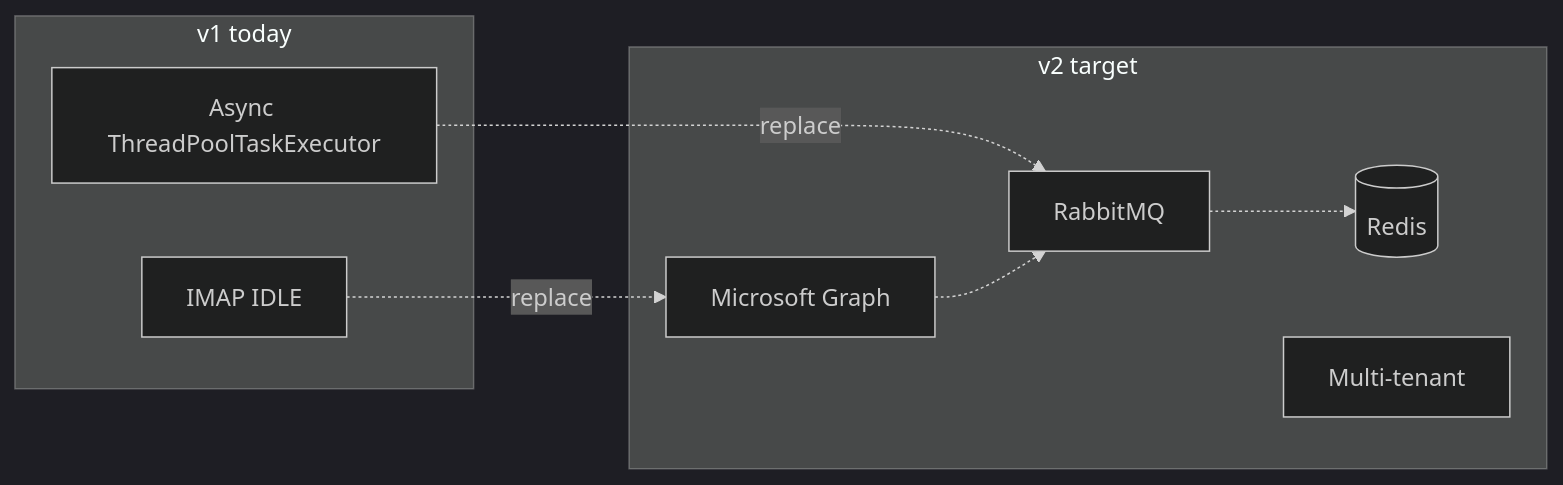
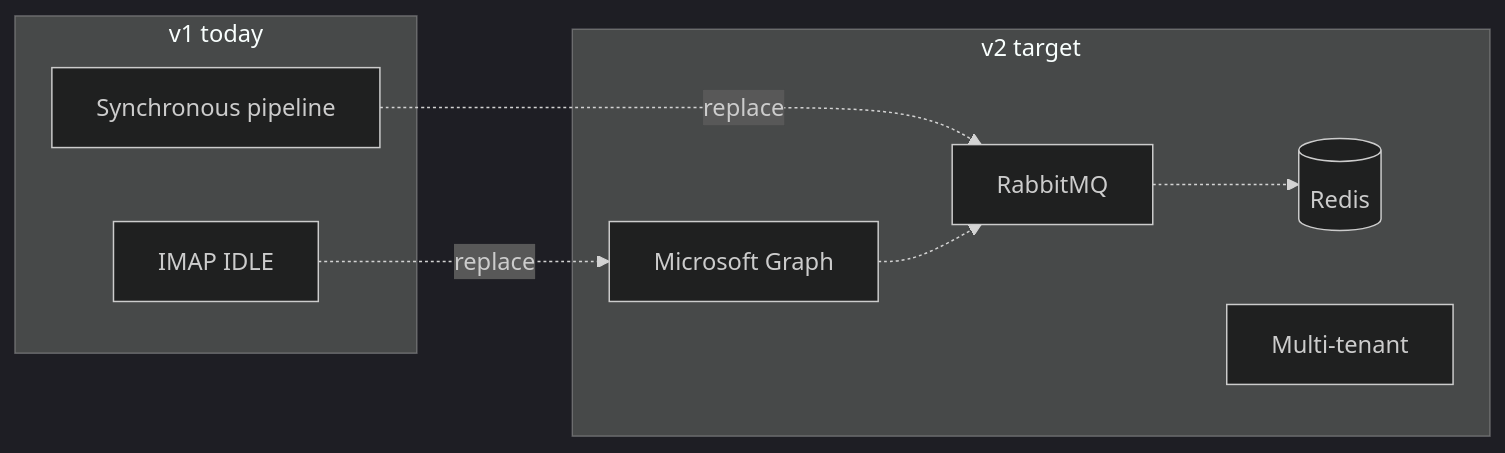
Before and after one commit to olegskel7-wq/smart-freight-inbox: the fifth of 9 diagrams in docs/PRESENTATION_TREE_MAP.md, drawn with Mermaid (dark theme). The commit also changed other lines of this file and 29 other files, not shown here.

````diff
--- a/docs/PRESENTATION_TREE_MAP.md
+++ b/docs/PRESENTATION_TREE_MAP.md
@@ -118,17 +120,17 @@
 ```mermaid
 flowchart LR
   subgraph V1["v1 today"]
     IMAP[IMAP IDLE]
-    ASYNC[Async ThreadPoolTaskExecutor]
+    SYNC[Synchronous pipeline]
   end
   subgraph V2["v2 target"]
     GRA[Microsoft Graph]
     RMQ[RabbitMQ]
     RD[(Redis)]
     MT[Multi-tenant]
   end
   IMAP -.->|replace| GRA
-  ASYNC -.->|replace| RMQ
+  SYNC -.->|replace| RMQ
   RMQ -.-> RD
   GRA -.-> RMQ
 ```
````
